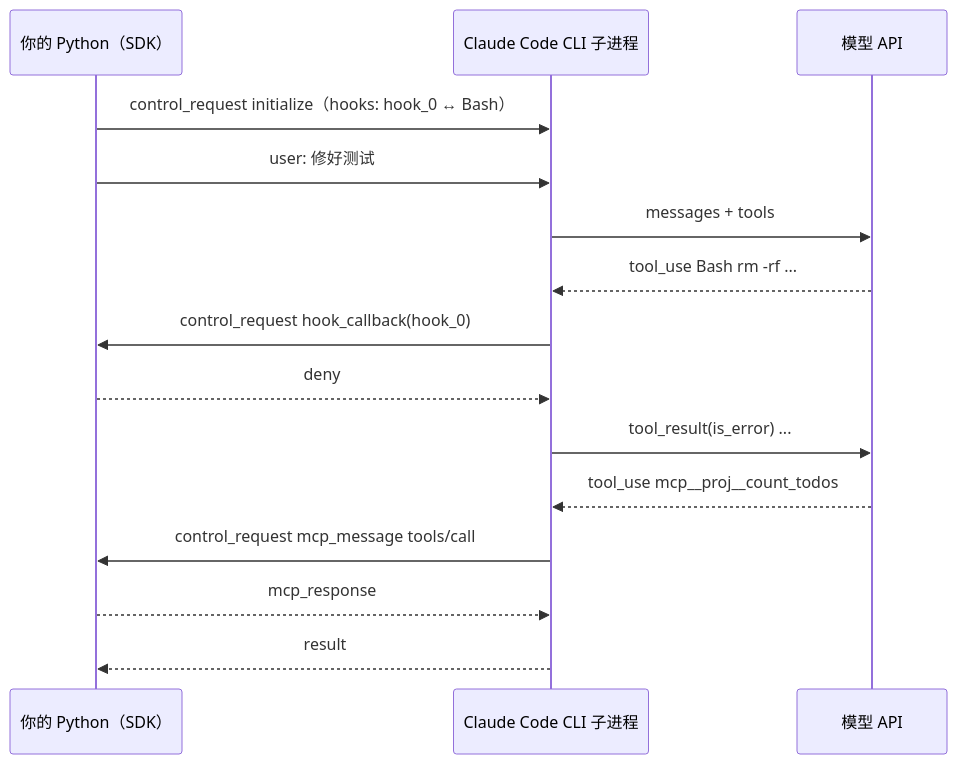
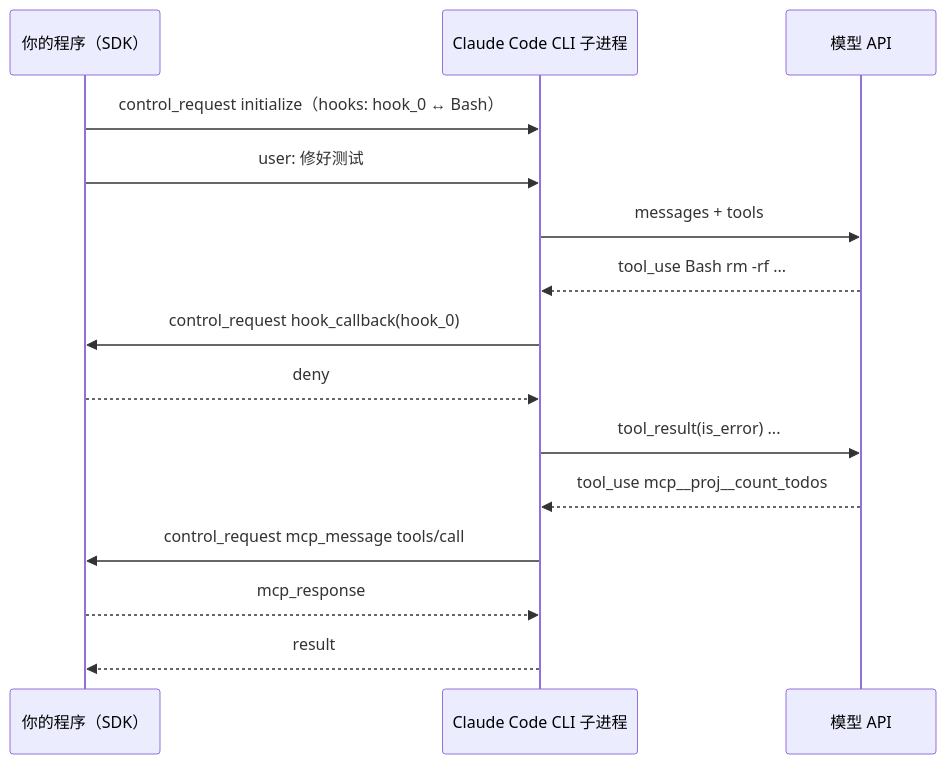
The diagram in p2-agent-basics/06-agent-sdk.md (advence-liz/agent-learning), drawn with Mermaid before and after one commit. The commit also changed other lines of this file and 214 other files, not shown here.

````diff
--- a/p2-agent-basics/06-agent-sdk.md
+++ b/p2-agent-basics/06-agent-sdk.md
@@ -110,17 +197,17 @@
 ```mermaid
 sequenceDiagram
-    participant P as 你的 Python（SDK）
+    participant P as 你的程序（SDK）
     participant C as Claude Code CLI 子进程
     participant M as 模型 API
     P->>C: control_request initialize（hooks: hook_0 ↔ Bash）
     P->>C: user: 修好测试
     C->>M: messages + tools
     M-->>C: tool_use Bash rm -rf ...
     C->>P: control_request hook_callback(hook_0)
     P-->>C: deny
     C->>M: tool_result(is_error) ...
     M-->>C: tool_use mcp__proj__count_todos
     C->>P: control_request mcp_message tools/call
     P-->>C: mcp_response
     C-->>P: result
 ```
````
